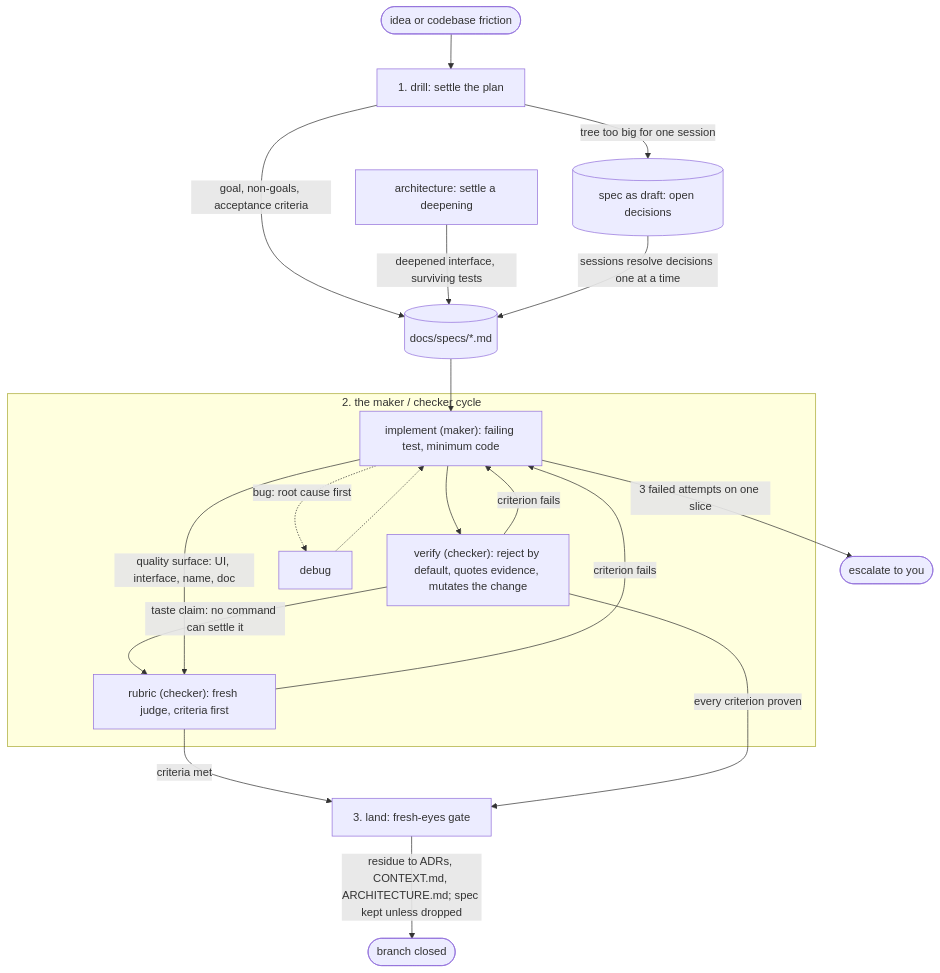
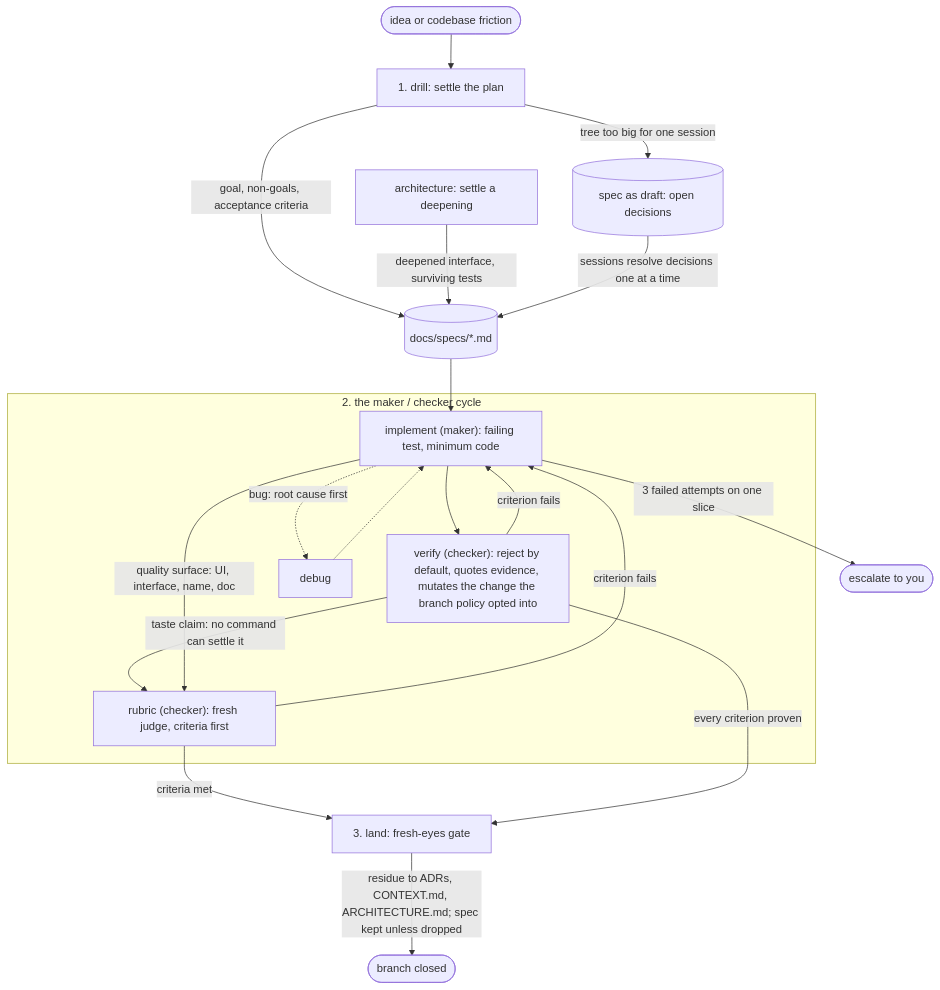
Before and after one commit to pwguler/skills: the diagram in README.md, drawn with Mermaid. The commit also changed 3 other files, not shown here.

Commit message:
verify: mutation follows a branch policy implement asks before the first slice, one evidence record per tree hash, deduped and batched commands; land reuses the record

````diff
--- a/README.md
+++ b/README.md
@@ -53,24 +53,24 @@
 ```mermaid
 flowchart TD
     idea([idea or codebase friction]) --> drill["1. drill: settle the plan"]
     drill -- "goal, non-goals, acceptance criteria" --> spec[("docs/specs/*.md")]
     arch["architecture: settle a deepening"] -- "deepened interface, surviving tests" --> spec
     drill -- "tree too big for one session" --> draft[("spec as draft: open decisions")]
     draft -- "sessions resolve decisions one at a time" --> spec
     spec --> impl
 
     subgraph cycle["2. the maker / checker cycle"]
-        impl["implement (maker): failing test, minimum code"] --> verify["verify (checker): reject by default, quotes evidence, mutates the change"]
+        impl["implement (maker): failing test, minimum code"] --> verify["verify (checker): reject by default, quotes evidence, mutates the change the branch policy opted into"]
         verify -- "criterion fails" --> impl
         impl -. "bug: root cause first" .-> debug
         debug -.-> impl
         rub["rubric (checker): fresh judge, criteria first"] -- "criterion fails" --> impl
     end
 
     verify -- "taste claim: no command can settle it" --> rub
     impl -- "quality surface: UI, interface, name, doc" --> rub
     rub -- "criteria met" --> land
     verify -- "every criterion proven" --> land["3. land: fresh-eyes gate"]
     impl -- "3 failed attempts on one slice" --> you(["escalate to you"])
     land -- "residue to ADRs, CONTEXT.md, ARCHITECTURE.md; spec kept unless dropped" --> done([branch closed])
 ```
````
